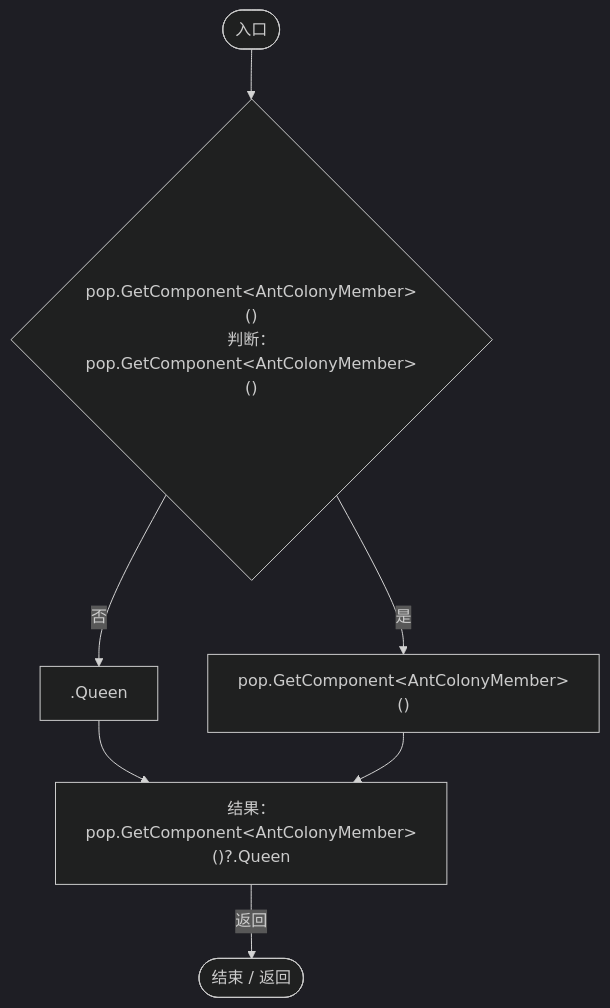
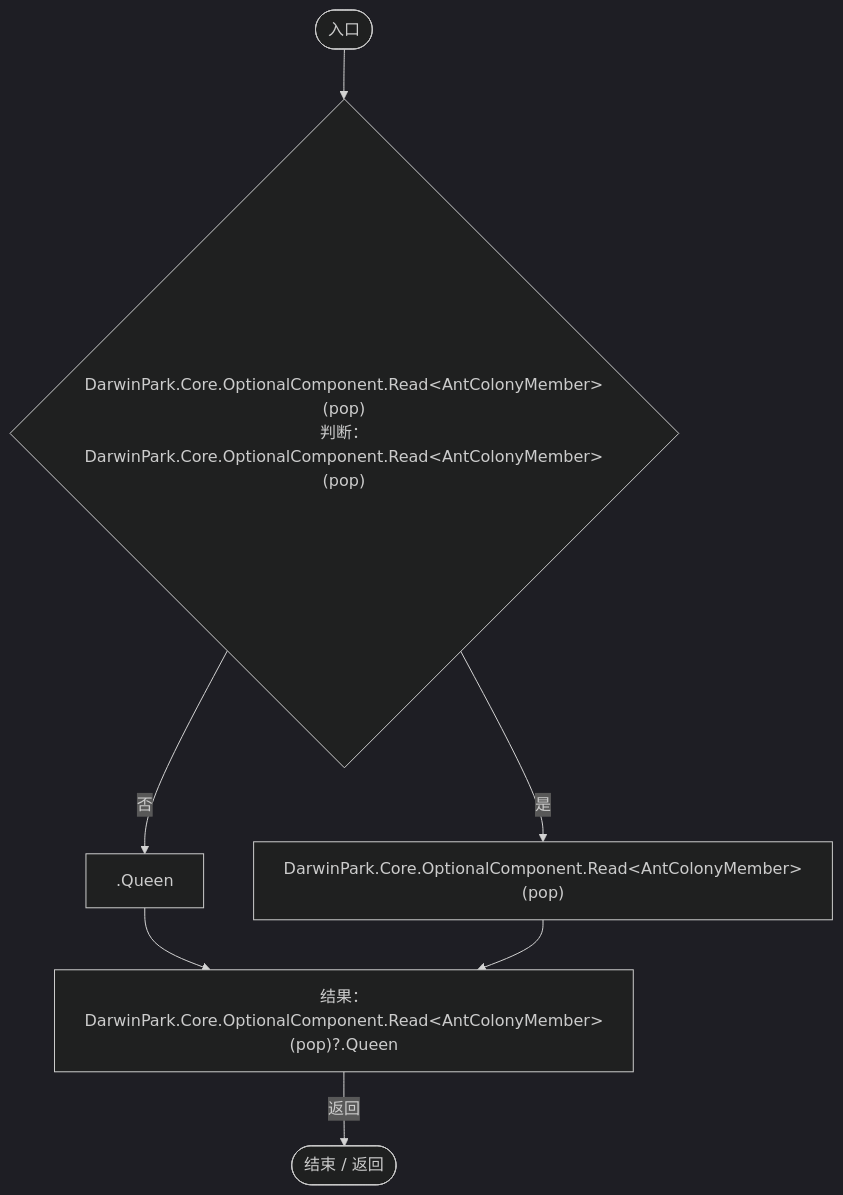
Before and after one commit to xhs6666/Darwin_paradise: diagram 32 of 53 in Docs/运行流程图/脚本/baebd85c05598377.md, drawn with Mermaid (dark theme). The commit also changed other lines of this file and 297 other files, not shown here.

````diff
--- a/Docs/运行流程图/脚本/baebd85c05598377.md
+++ b/Docs/运行流程图/脚本/baebd85c05598377.md
@@ -767,16 +776,16 @@
 ```mermaid
 flowchart TD
   b0(["入口"])
-  b1{"pop.GetComponent&lt;AntColonyMember&gt;()<br/>判断：pop.GetComponent&lt;AntColonyMember&gt;()"}
+  b1{"DarwinPark.Core.OptionalComponent.Read&lt;AntColonyMember&gt;(pop)<br/>判断：DarwinPark.Core.OptionalComponent.Read&lt;AntColonyMember&gt;(pop)"}
   b2[".Queen"]
-  b3["pop.GetComponent&lt;AntColonyMember&gt;()"]
-  b4["结果：pop.GetComponent&lt;AntColonyMember&gt;()?.Queen"]
+  b3["DarwinPark.Core.OptionalComponent.Read&lt;AntColonyMember&gt;(pop)"]
+  b4["结果：DarwinPark.Core.OptionalComponent.Read&lt;AntColonyMember&gt;(pop)?.Queen"]
   b5(["结束 / 返回"])
   b0 --> b1
   b1 -->|"否"| b2
   b1 -->|"是"| b3
   b2 --> b4
   b3 --> b4
   b4 -->|"返回"| b5
 
 ```
````
